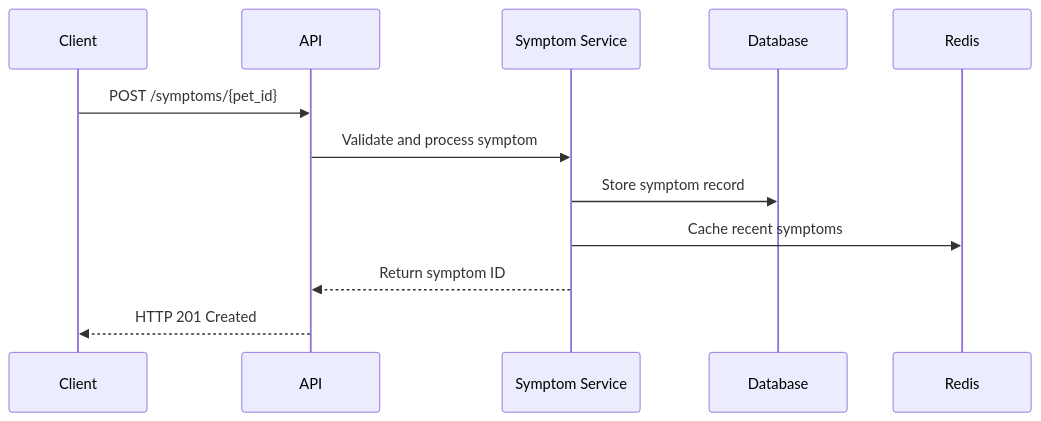
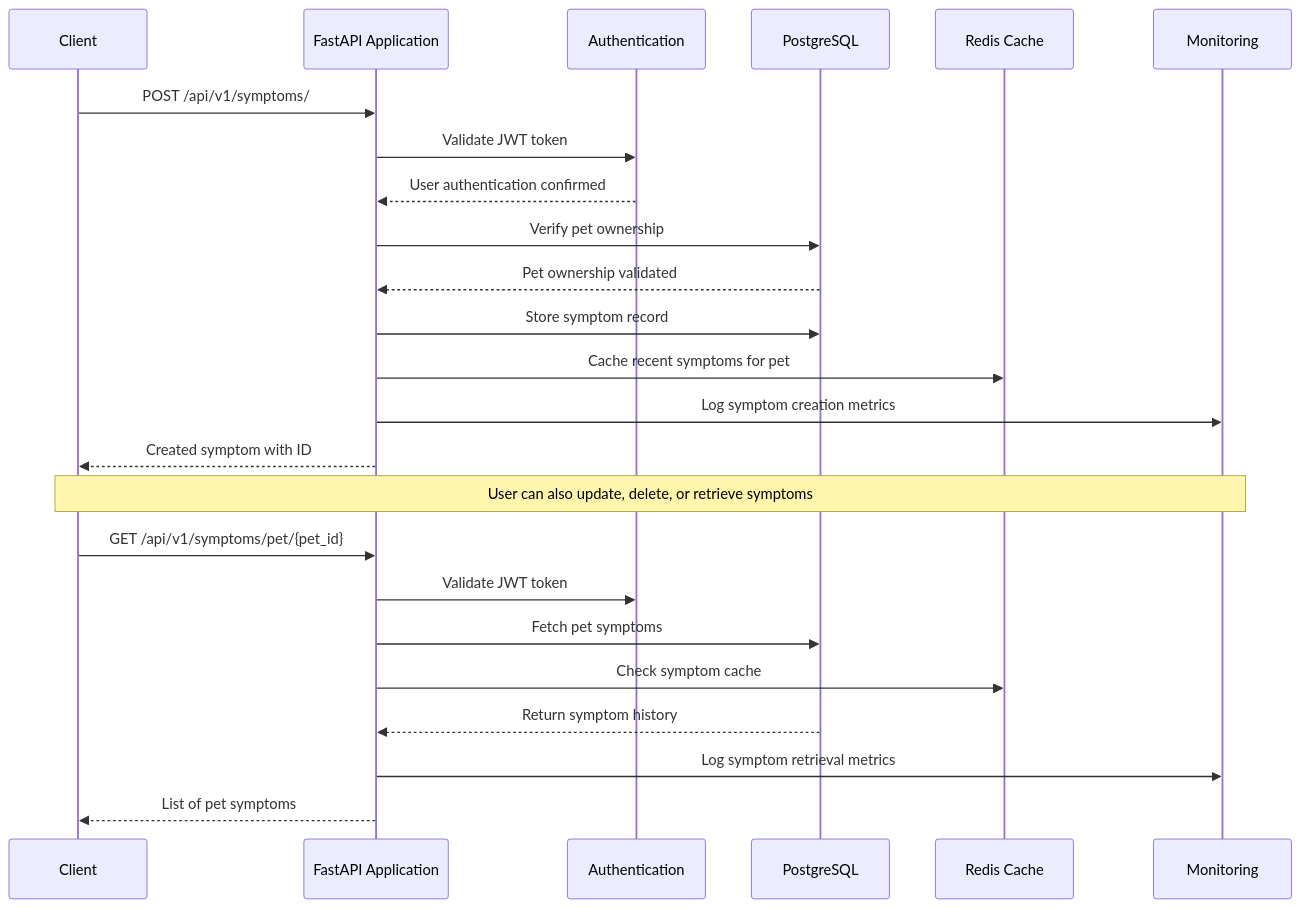
Before and after one commit to tc2780/Pet-Health-AI-API: the third of 4 diagrams in docs/system-design/architecture/architecture_diagram.md, drawn with Mermaid. The commit also changed other lines of this file and 15 other files, not shown here.

````diff
--- a/docs/system-design/architecture/architecture_diagram.md
+++ b/docs/system-design/architecture/architecture_diagram.md
@@ -98,15 +194,29 @@
 ```mermaid
 sequenceDiagram
     participant C as Client
-    participant A as API
-    participant S as Symptom Service
-    participant D as Database
-    participant R as Redis
+    participant A as FastAPI Application
+    participant AUTH as Authentication
+    participant DB as PostgreSQL
+    participant R as Redis Cache
+    participant M as Monitoring
     
-    C->>A: POST /symptoms/{pet_id}
-    A->>S: Validate and process symptom
-    S->>D: Store symptom record
-    S->>R: Cache recent symptoms
-    S-->>A: Return symptom ID
-    A-->>C: HTTP 201 Created
+    C->>A: POST /api/v1/symptoms/
+    A->>AUTH: Validate JWT token
+    AUTH-->>A: User authentication confirmed
+    A->>DB: Verify pet ownership
+    DB-->>A: Pet ownership validated
+    A->>DB: Store symptom record
+    A->>R: Cache recent symptoms for pet
+    A->>M: Log symptom creation metrics
+    A-->>C: Created symptom with ID
+    
+    Note over C,M: User can also update, delete, or retrieve symptoms
+    
+    C->>A: GET /api/v1/symptoms/pet/{pet_id}
+    A->>AUTH: Validate JWT token
+    A->>DB: Fetch pet symptoms
+    A->>R: Check symptom cache
+    DB-->>A: Return symptom history
+    A->>M: Log symptom retrieval metrics
+    A-->>C: List of pet symptoms
 ```
````
